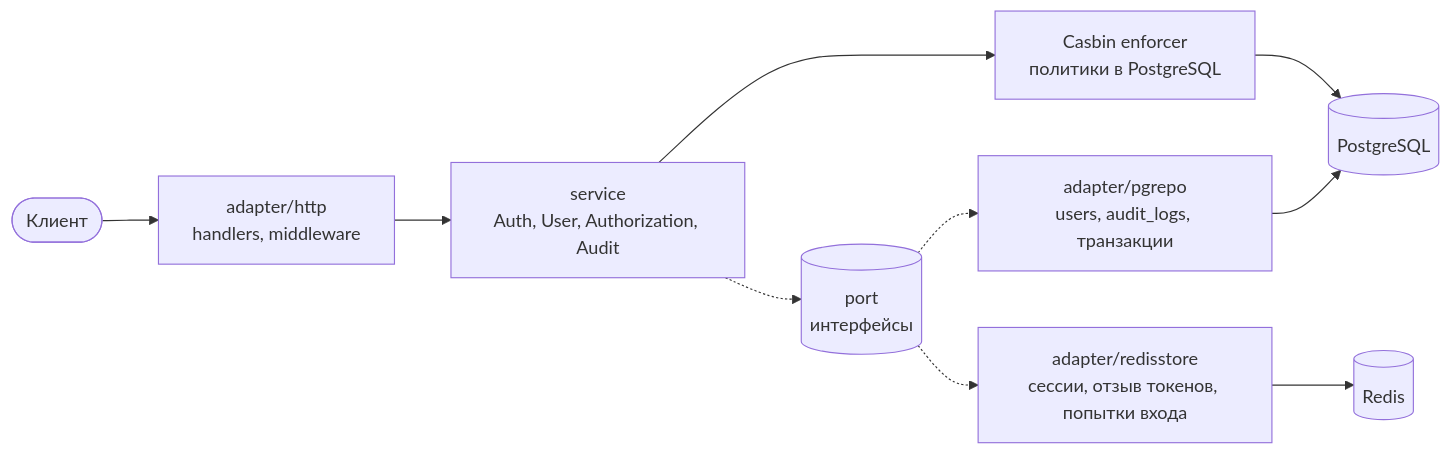
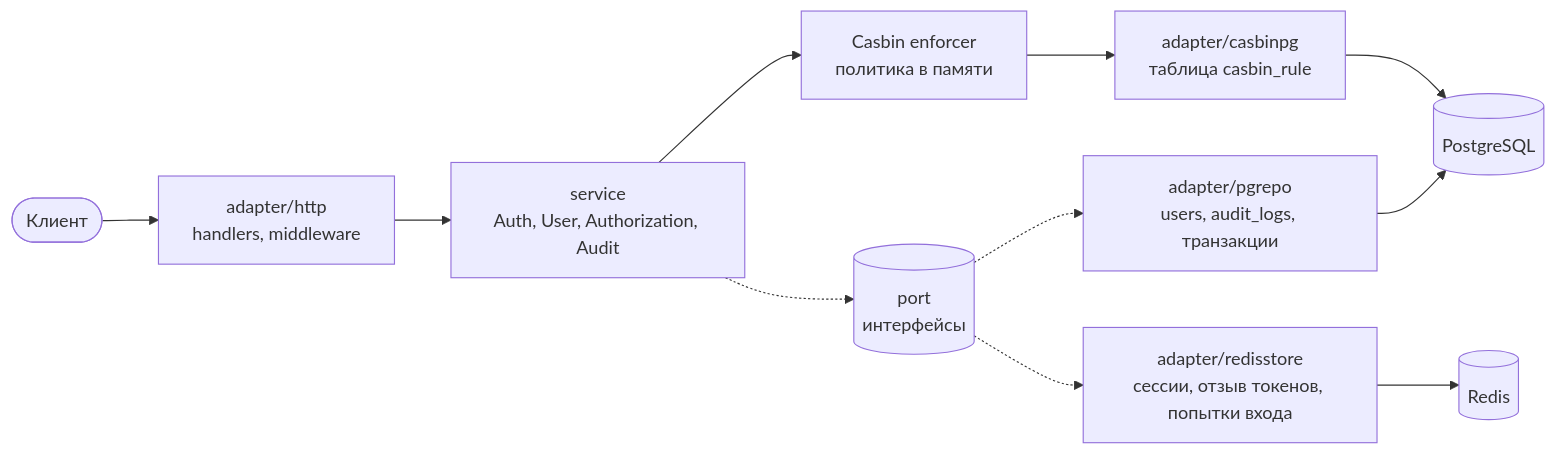
The first of 2 diagrams in README.md (andrewhigh08/iam-service), drawn with Mermaid before and after one commit. The commit also changed other lines of this file and 9 other files, not shown here.

````diff
--- a/README.md
+++ b/README.md
@@ -95,12 +108,13 @@
 ```mermaid
 flowchart LR
     client([Клиент]) --> http[adapter/http<br/>handlers, middleware]
     http --> svc[service<br/>Auth, User, Authorization, Audit]
     svc -.-> port[(port<br/>интерфейсы)]
     port -.-> pg[adapter/pgrepo<br/>users, audit_logs, транзакции]
     port -.-> rds[adapter/redisstore<br/>сессии, отзыв токенов, попытки входа]
-    svc --> casbin[Casbin enforcer<br/>политики в PostgreSQL]
+    svc --> casbin[Casbin enforcer<br/>политика в памяти]
+    casbin --> cpg[adapter/casbinpg<br/>таблица casbin_rule]
     pg --> db[(PostgreSQL)]
+    cpg --> db
     rds --> redis[(Redis)]
-    casbin --> db
 ```
````
